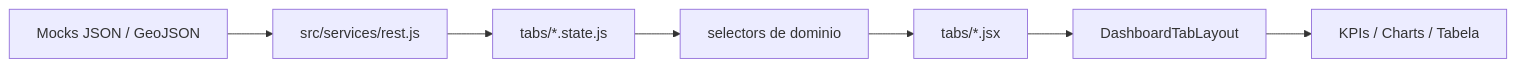
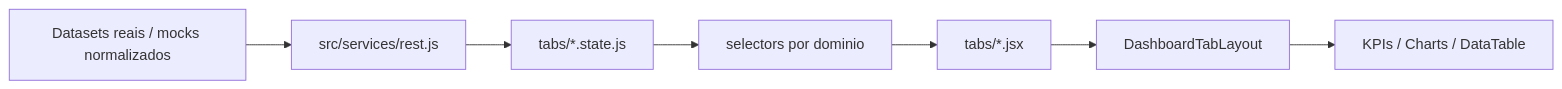
Before and after one commit to andrepimentelsantos01/dashboard-ia-bi-demo: the diagram in README.md, drawn with Mermaid. The commit also changed other lines of this file and 40 other files, not shown here.

````diff
--- a/README.md
+++ b/README.md
@@ -108,9 +43,9 @@
 ```mermaid
 flowchart LR
-    A["Mocks JSON / GeoJSON"] --> B["src/services/rest.js"]
+    A["Datasets reais / mocks normalizados"] --> B["src/services/rest.js"]
     B --> C["tabs/*.state.js"]
-    C --> D["selectors de dominio"]
+    C --> D["selectors por dominio"]
     D --> E["tabs/*.jsx"]
     E --> F["DashboardTabLayout"]
-    F --> G["KPIs / Charts / Tabela"]
+    F --> G["KPIs / Charts / DataTable"]
 ```
````
